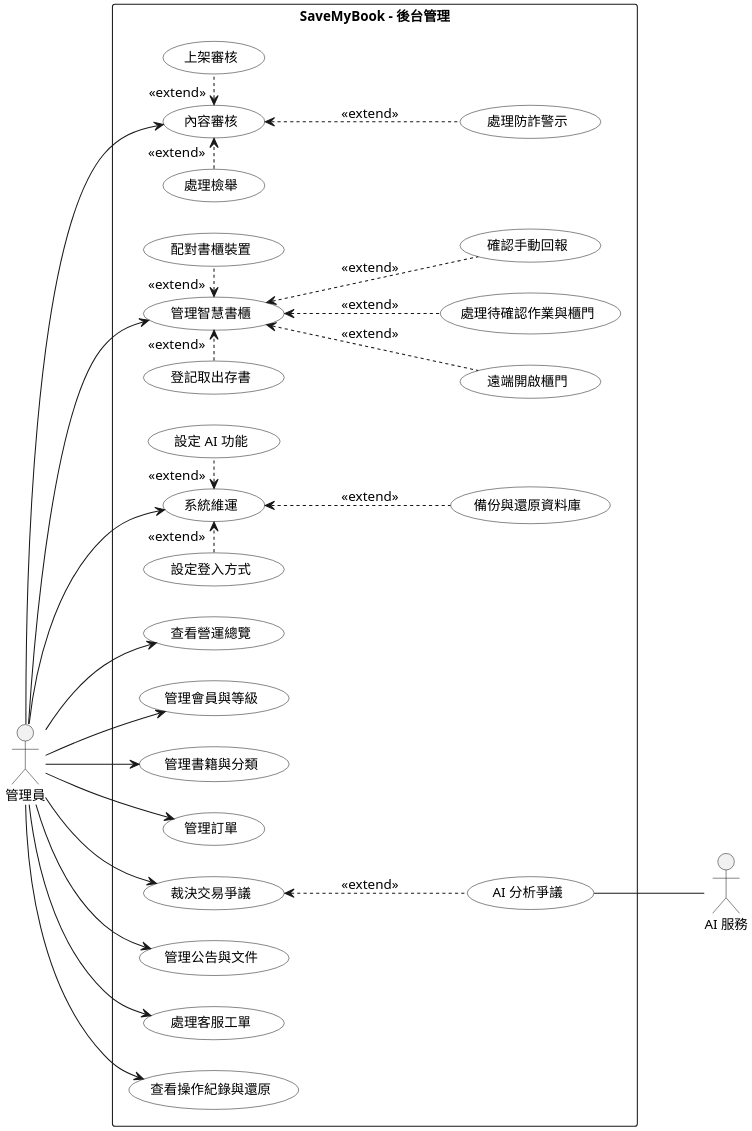
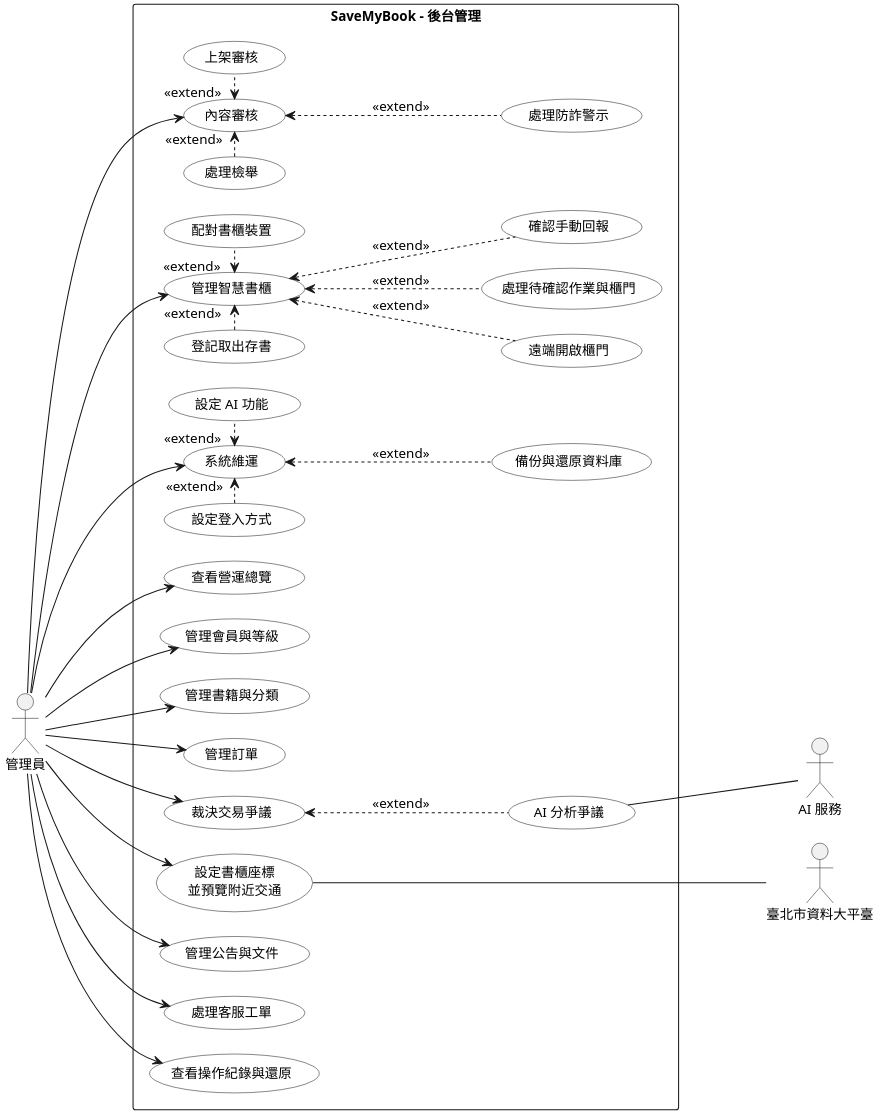
One commit to SaveMyBook/SaveMyBook changed the diagram in Diagrams/Use Case/v3/uc_admin.puml. Above: the diagram before and after it, drawn with PlantUML. The commit also changed 47 other files, not shown here.

```diff
--- a/Diagrams/Use Case/v3/uc_admin.puml
+++ b/Diagrams/Use Case/v3/uc_admin.puml
@@ -1,67 +1,72 @@
 @startuml
 skinparam monochrome true
 skinparam shadowing false
 skinparam dpi 220
 skinparam defaultFontName "PingFang TC"
 skinparam defaultFontSize 13
 skinparam usecase {
   BackgroundColor white
 }
-skinparam nodesep 30
-skinparam ranksep 80
+skinparam nodesep 24
+skinparam ranksep 100
 left to right direction
 
 actor 管理員
 actor "AI 服務" as AI
+actor "臺北市資料大平臺" as ODP
 
 rectangle "SaveMyBook - 後台管理" {
   usecase "查看營運總覽" as overview
   usecase "管理會員與等級" as members
   usecase "管理書籍與分類" as books
   usecase "內容審核" as moderation
   usecase "上架審核" as review
   usecase "處理檢舉" as report
   usecase "處理防詐警示" as risk
   usecase "管理訂單" as orders
   usecase "裁決交易爭議" as dispute
   usecase "AI 分析爭議" as aianalysis
   usecase "管理智慧書櫃" as cabinets
   usecase "配對書櫃裝置" as pair
   usecase "遠端開啟櫃門" as remote
   usecase "處理待確認作業與櫃門" as cabreview
   usecase "確認手動回報" as cabmanual
   usecase "登記取出存書" as clear
+  usecase "設定書櫃座標\n並預覽附近交通" as curloc
   usecase "管理公告與文件" as content
   usecase "處理客服工單" as tickets
   usecase "系統維運" as settings
   usecase "設定 AI 功能" as ai
   usecase "設定登入方式" as signin
   usecase "備份與還原資料庫" as backup
   usecase "查看操作紀錄與還原" as logs
 }
 
 管理員 --> overview
 管理員 --> members
 管理員 --> books
 管理員 --> moderation
 moderation <. "«extend»" review
 report "«extend»" .> moderation
 moderation <.. risk : <<extend>>
 管理員 --> orders
 管理員 --> dispute
 dispute <.. aianalysis : <<extend>>
 aianalysis -- AI
 管理員 --> cabinets
 cabinets <. "«extend»" pair
 cabinets <.. remote : <<extend>>
 cabinets <.. cabreview : <<extend>>
 cabinets <.. cabmanual : <<extend>>
 clear "«extend»" .> cabinets
+管理員 --> curloc
+curloc -- ODP
+aianalysis -[hidden]- ODP
 管理員 --> content
 管理員 --> tickets
 管理員 --> settings
 settings <. "«extend»" ai
 signin "«extend»" .> settings
 settings <.. backup : <<extend>>
 管理員 --> logs
 @enduml
```
